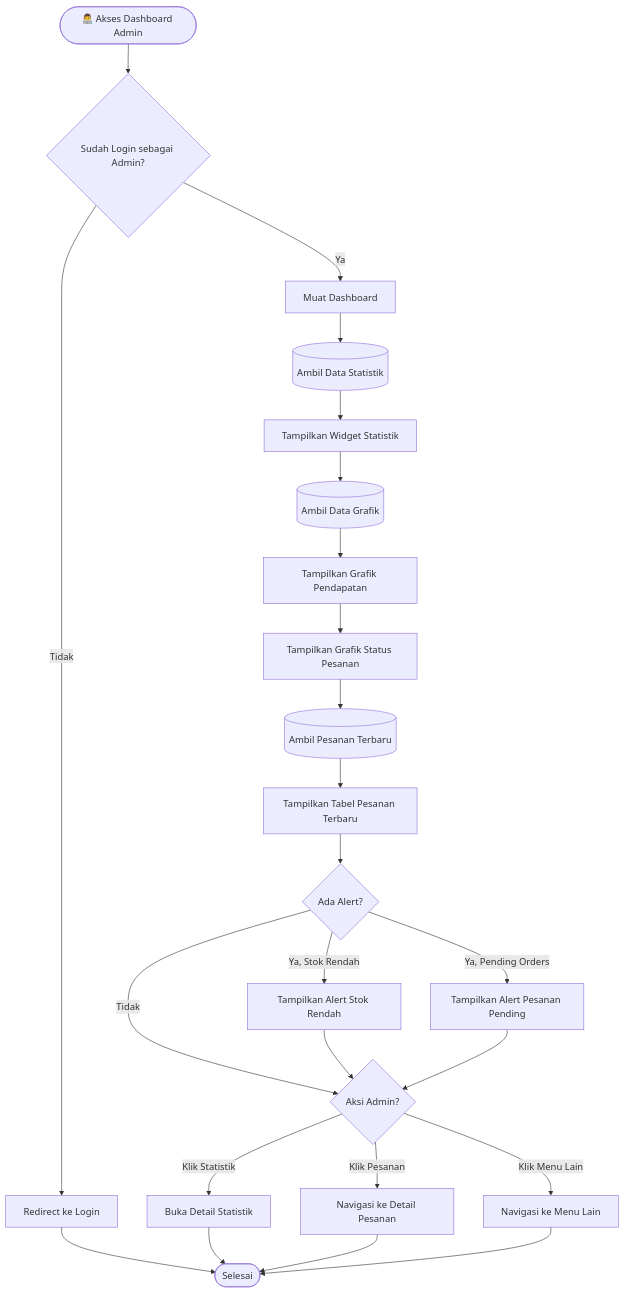
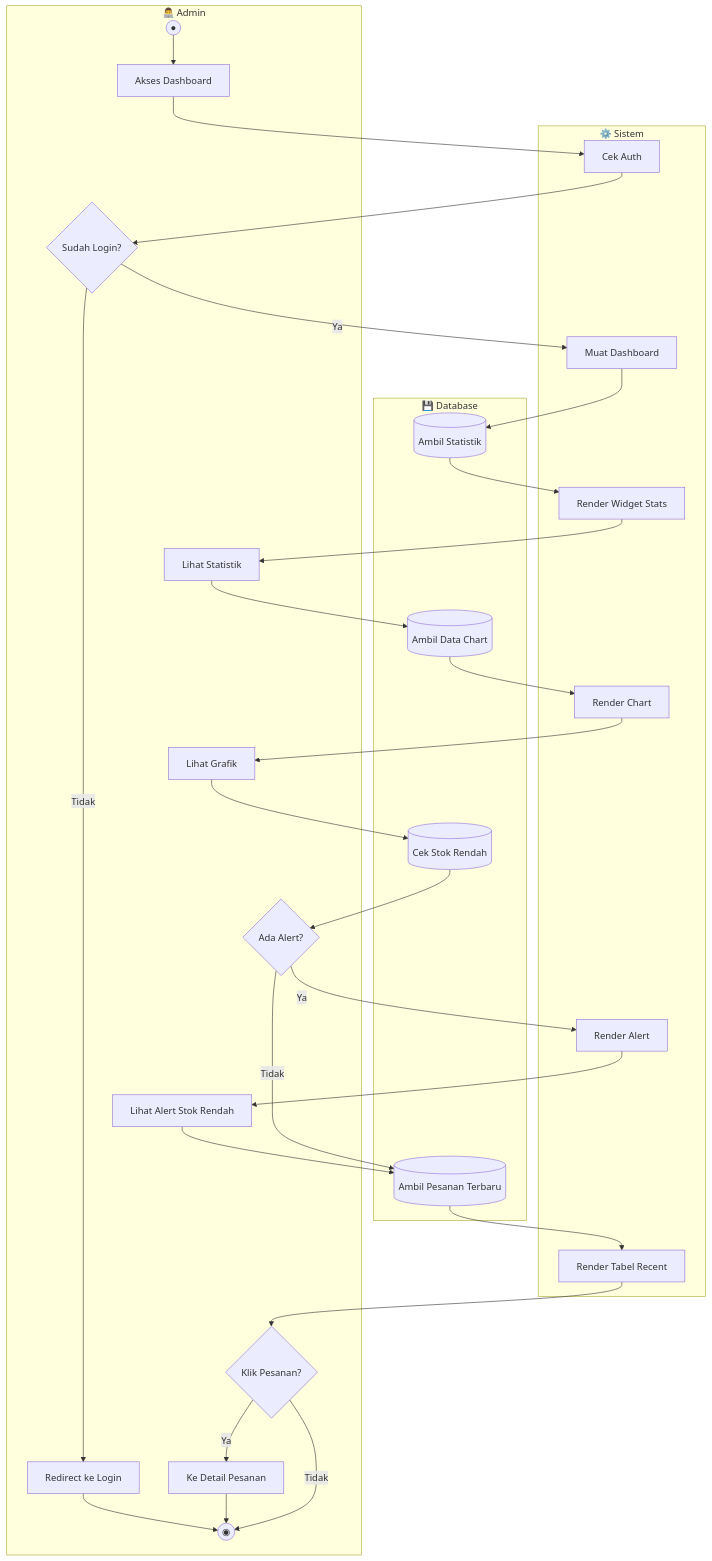
Before and after one commit to mustarisyahding07-spec/WEBSITE_SKRIPSI_MUSTARI: diagram 11 of 17 in docs/ACTIVITY_DIAGRAMS.md, drawn with Mermaid. The commit also changed other lines of this file, not shown here.

Commit message:
docs: update activity diagrams with swimlane format

````diff
--- a/docs/ACTIVITY_DIAGRAMS.md
+++ b/docs/ACTIVITY_DIAGRAMS.md
@@ -456,32 +628,56 @@
 ```mermaid
 flowchart TD
-    Start([👨‍💻 Akses Dashboard Admin]) --> CheckAuth{Sudah Login sebagai Admin?}
-    CheckAuth -->|Tidak| RedirectLogin[Redirect ke Login]
-    RedirectLogin --> End([Selesai])
+    subgraph Admin["👨‍💻 Admin"]
+        A1((●))
+        A2[Akses Dashboard]
+        A3{Sudah Login?}
+        A4[Redirect ke Login]
+        A5[Lihat Statistik]
+        A6[Lihat Grafik]
+        A7{Ada Alert?}
+        A8[Lihat Alert Stok Rendah]
+        A9{Klik Pesanan?}
+        A10[Ke Detail Pesanan]
+        A11((◉))
+    end
     
-    CheckAuth -->|Ya| LoadDashboard[Muat Dashboard]
-    LoadDashboard --> FetchStats[(Ambil Data Statistik)]
-    FetchStats --> DisplayStatsWidget[Tampilkan Widget Statistik]
-    DisplayStatsWidget --> FetchChartData[(Ambil Data Grafik)]
-    FetchChartData --> DisplayRevenueChart[Tampilkan Grafik Pendapatan]
-    DisplayRevenueChart --> DisplayOrderChart[Tampilkan Grafik Status Pesanan]
-    DisplayOrderChart --> FetchRecentOrders[(Ambil Pesanan Terbaru)]
-    FetchRecentOrders --> DisplayRecentTable[Tampilkan Tabel Pesanan Terbaru]
-    DisplayRecentTable --> CheckAlerts{Ada Alert?}
+    subgraph Sistem["⚙️ Sistem"]
+        S1[Cek Auth]
+        S2[Muat Dashboard]
+        S3[Render Widget Stats]
+        S4[Render Chart]
+        S5[Render Alert]
+        S6[Render Tabel Recent]
+    end
     
-    CheckAlerts -->|Ya, Stok Rendah| ShowLowStockAlert[Tampilkan Alert Stok Rendah]
-    CheckAlerts -->|Ya, Pending Orders| ShowPendingAlert[Tampilkan Alert Pesanan Pending]
-    CheckAlerts -->|Tidak| UserAction
+    subgraph Database["💾 Database"]
+        D1[(Ambil Statistik)]
+        D2[(Ambil Data Chart)]
+        D3[(Ambil Pesanan Terbaru)]
+        D4[(Cek Stok Rendah)]
+    end
     
-    ShowLowStockAlert --> UserAction{Aksi Admin?}
-    ShowPendingAlert --> UserAction
-    
-    UserAction -->|Klik Statistik| DrillDown[Buka Detail Statistik]
-    DrillDown --> End
-    
-    UserAction -->|Klik Pesanan| GoToOrder[Navigasi ke Detail Pesanan]
-    GoToOrder --> End
-    
-    UserAction -->|Klik Menu Lain| NavigateMenu[Navigasi ke Menu Lain]
-    NavigateMenu --> End
+    A1 --> A2
+    A2 --> S1
+    S1 --> A3
+    A3 -->|Tidak| A4
+    A4 --> A11
+    A3 -->|Ya| S2
+    S2 --> D1
+    D1 --> S3
+    S3 --> A5
+    A5 --> D2
+    D2 --> S4
+    S4 --> A6
+    A6 --> D4
+    D4 --> A7
+    A7 -->|Ya| S5
+    S5 --> A8
+    A8 --> D3
+    A7 -->|Tidak| D3
+    D3 --> S6
+    S6 --> A9
+    A9 -->|Ya| A10
+    A10 --> A11
+    A9 -->|Tidak| A11
 ```
````
